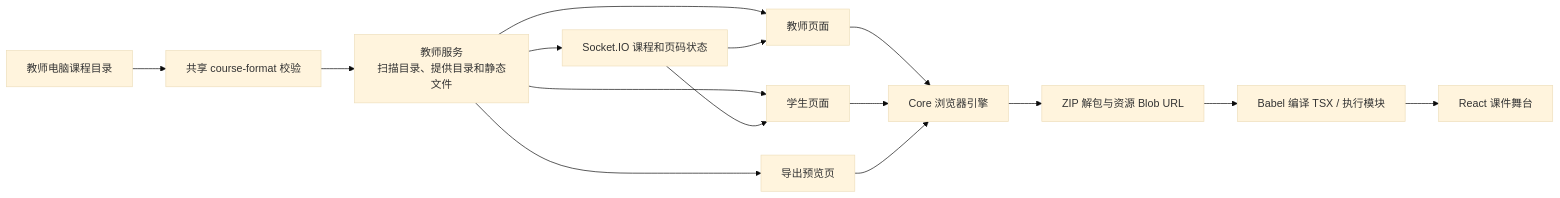
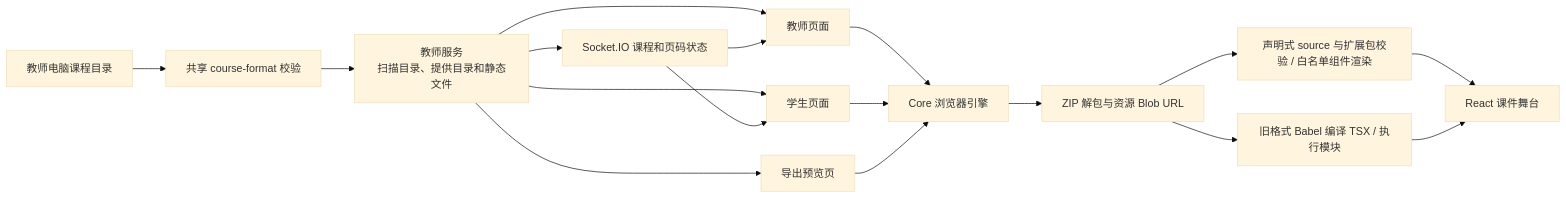
Before and after one commit to yc004/LumeSync: the first of 2 diagrams in docs-site/content/architecture/course-rendering.mdx, drawn with Mermaid (base theme). The commit also changed other lines of this file and 47 other files, not shown here.

````diff
--- a/docs-site/content/architecture/course-rendering.mdx
+++ b/docs-site/content/architecture/course-rendering.mdx
@@ -18,17 +18,19 @@
 ```mermaid
 flowchart LR
   F[教师电脑课程目录] --> CF[共享 course-format 校验]
   CF --> H[教师服务<br/>扫描目录、提供目录和静态文件]
   H --> T[教师页面]
   H --> S[学生页面]
   T --> E[Core 浏览器引擎]
   S --> E
   E --> Z[ZIP 解包与资源 Blob URL]
-  Z --> C[Babel 编译 TSX / 执行模块]
-  C --> R[React 课件舞台]
+  Z --> D[声明式 source 与扩展包校验 / 白名单组件渲染]
+  Z --> C[旧格式 Babel 编译 TSX / 执行模块]
+  D --> R[React 课件舞台]
+  C --> R
   H --> P[Socket.IO 课程和页码状态]
   P --> T
   P --> S
   H --> X[导出预览页]
   X --> E
 ```
````
